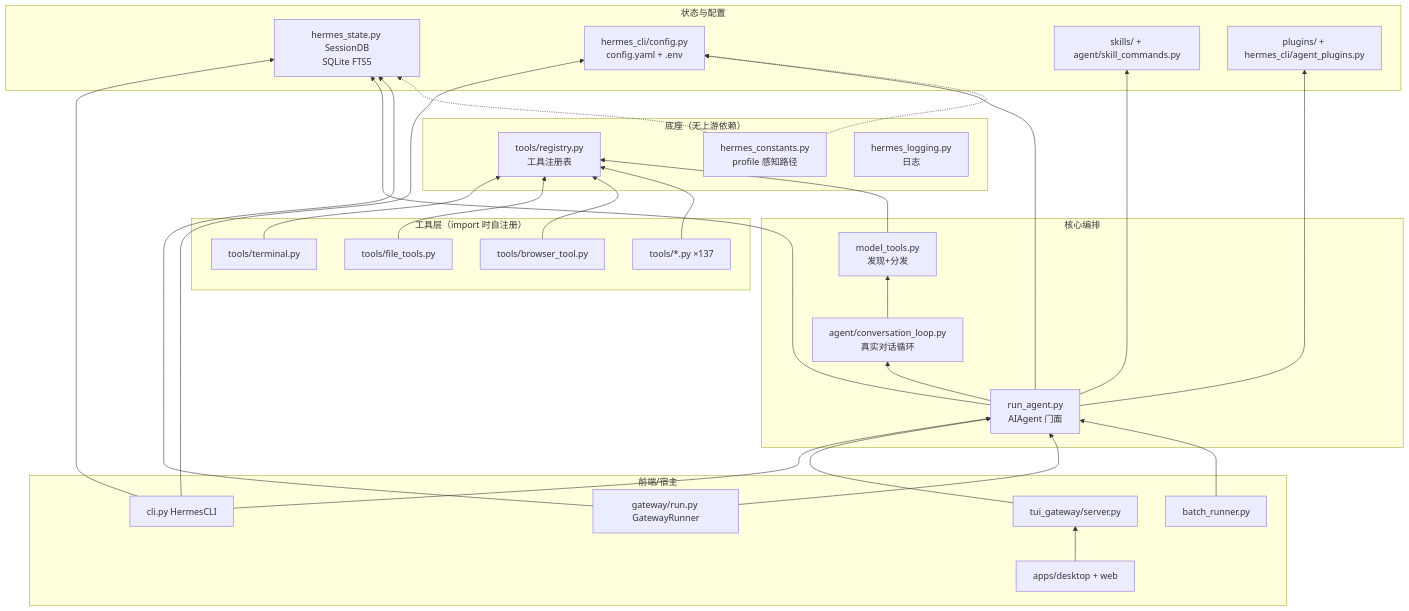
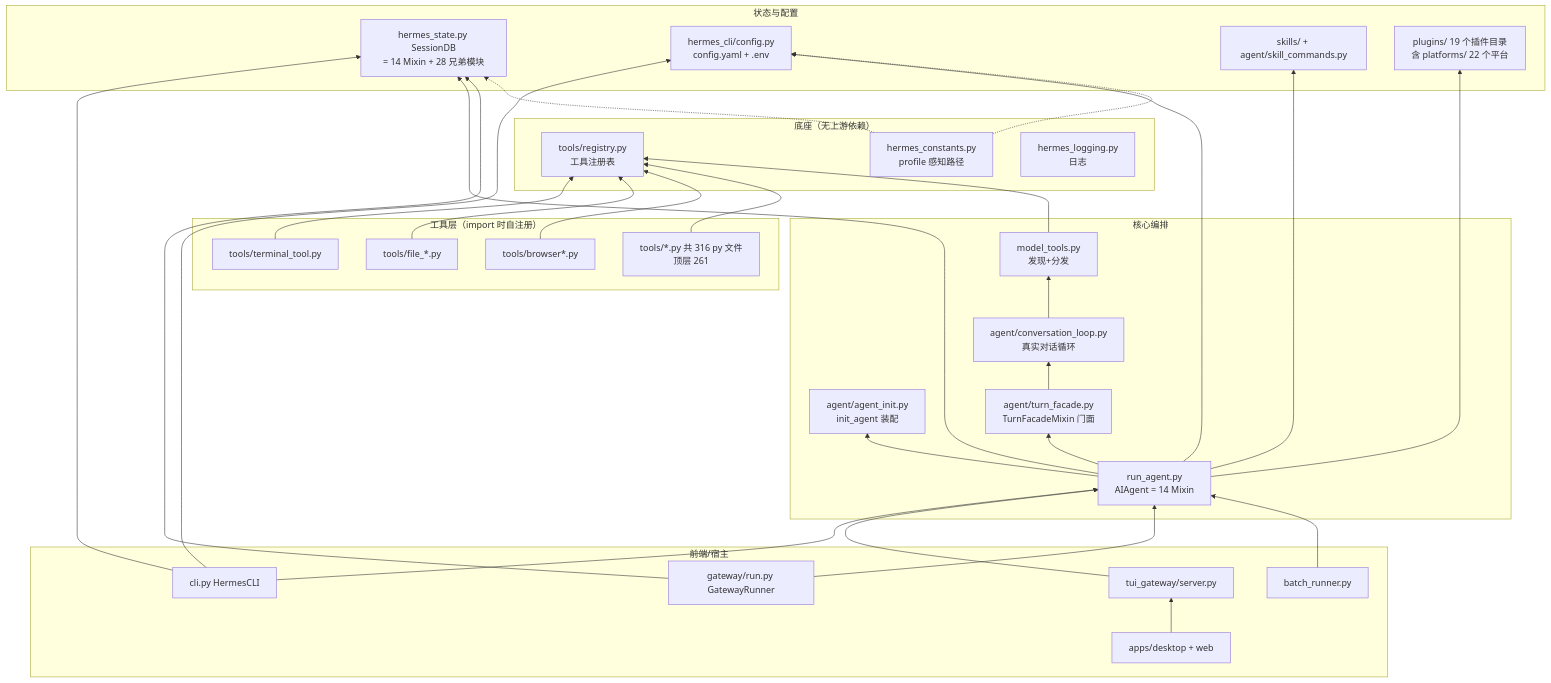
The second of 3 diagrams in docs/sourceReader/01-简单框架-系统骨架.md (adrian9778/hermes-agent), drawn with Mermaid before and after one commit. The commit also changed other lines of this file and 22 other files, not shown here.

````diff
--- a/docs/sourceReader/01-简单框架-系统骨架.md
+++ b/docs/sourceReader/01-简单框架-系统骨架.md
@@ -82,58 +95,62 @@
 ```mermaid
 flowchart BT
     subgraph 底座["底座（无上游依赖）"]
         REG[tools/registry.py<br/>工具注册表]
         CONST[hermes_constants.py<br/>profile 感知路径]
         LOG[hermes_logging.py<br/>日志]
     end
 
     subgraph 工具层["工具层（import 时自注册）"]
-        T1[tools/terminal.py]
-        T2[tools/file_tools.py]
-        T3[tools/browser_tool.py]
-        TN[tools/*.py ×137]
+        T1[tools/terminal_tool.py]
+        T2[tools/file_*.py]
+        T3[tools/browser*.py]
+        TN[tools/*.py 共 316 py 文件<br/>顶层 261]
     end
 
     subgraph 核心["核心编排"]
         MT[model_tools.py<br/>发现+分发]
+        AINIT[agent/agent_init.py<br/>init_agent 装配]
+        FACADE[agent/turn_facade.py<br/>TurnFacadeMixin 门面]
         CL[agent/conversation_loop.py<br/>真实对话循环]
-        RA[run_agent.py<br/>AIAgent 门面]
+        RA[run_agent.py<br/>AIAgent = 14 Mixin]
     end
 
     subgraph 前端["前端/宿主"]
         CLI[cli.py HermesCLI]
         TUI[tui_gateway/server.py]
         GW[gateway/run.py GatewayRunner]
         DESK[apps/desktop + web]
         BATCH[batch_runner.py]
     end
 
     subgraph 状态["状态与配置"]
-        DB[hermes_state.py SessionDB<br/>SQLite FTS5]
+        DB[hermes_state.py SessionDB<br/>= 14 Mixin + 28 兄弟模块]
         CFG[hermes_cli/config.py<br/>config.yaml + .env]
         SKILL[skills/ + agent/skill_commands.py]
-        PLUG[plugins/ + hermes_cli/agent_plugins.py]
+        PLUG[plugins/ 19 个插件目录<br/>含 platforms/ 22 个平台]
     end
 
     T1 --> REG
     T2 --> REG
     T3 --> REG
     TN --> REG
     MT --> REG
+    RA --> AINIT
+    RA --> FACADE
+    FACADE --> CL
     CL --> MT
-    RA --> CL
     CLI --> RA
     TUI --> RA
     GW --> RA
     DESK --> TUI
     BATCH --> RA
     CLI --> DB
     RA --> DB
     GW --> DB
     CLI --> CFG
     RA --> CFG
     RA --> SKILL
     RA --> PLUG
     CONST -.-> DB
     CONST -.-> CFG
 ```
````
